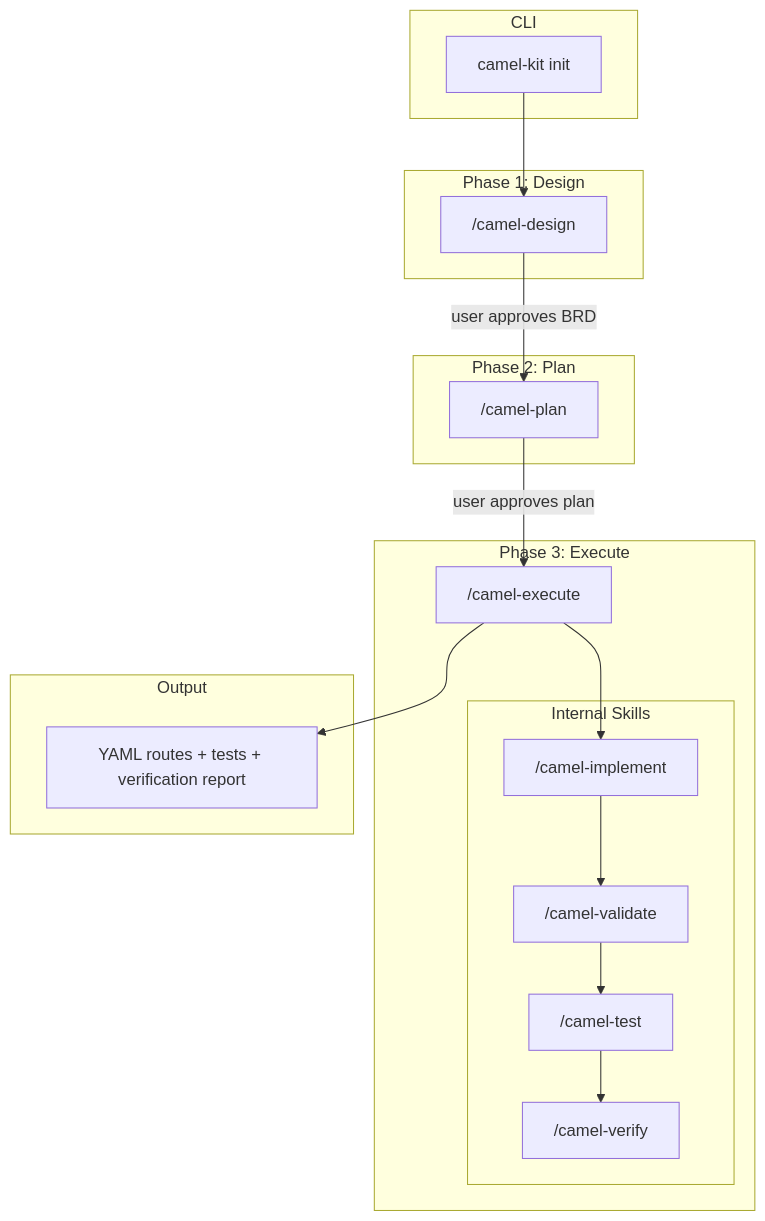
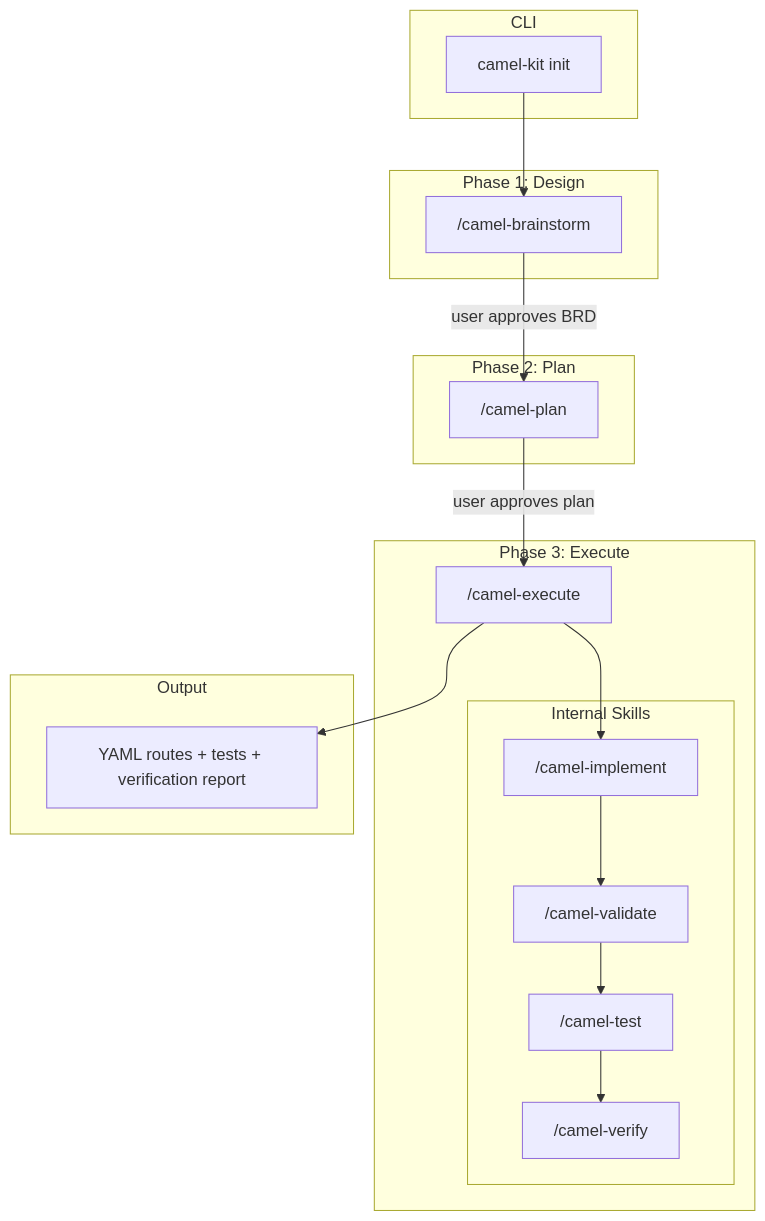
The third of 3 diagrams in docs/user-guide.md (luigidemasi/camel-kit), drawn with Mermaid before and after one commit. The commit also changed other lines of this file and 168 other files, not shown here.

````diff
--- a/docs/user-guide.md
+++ b/docs/user-guide.md
@@ -182,30 +204,30 @@
 ```mermaid
 flowchart TB
     subgraph CLI
         A["camel-kit init"]
     end
     subgraph "Phase 1: Design"
-        B["/camel-design"]
+        B["/camel-brainstorm"]
     end
     subgraph "Phase 2: Plan"
         C["/camel-plan"]
     end
     subgraph "Phase 3: Execute"
         D["/camel-execute"]
         subgraph "Internal Skills"
             I["/camel-implement"]
             V["/camel-validate"]
             T["/camel-test"]
             R["/camel-verify"]
         end
     end
     subgraph Output
         E["YAML routes + tests + verification report"]
     end
 
     A --> B
     B -->|"user approves BRD"| C
     C -->|"user approves plan"| D
     D --> I --> V --> T --> R
     D --> E
 ```
````
